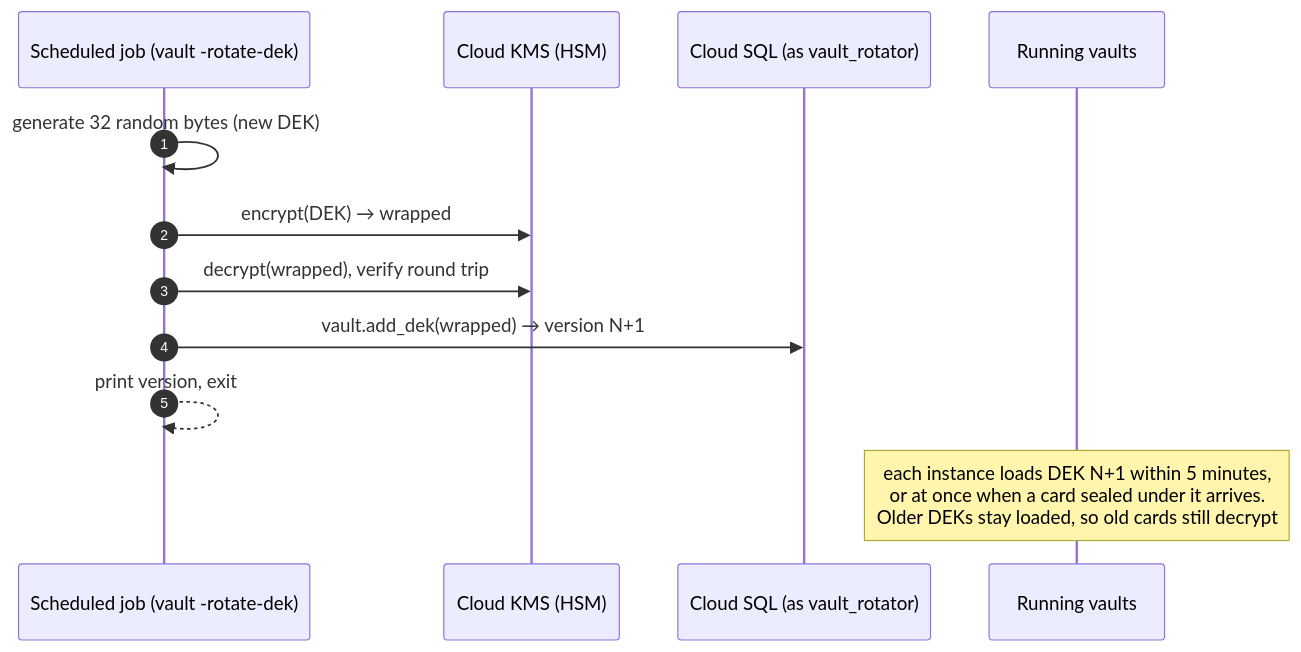
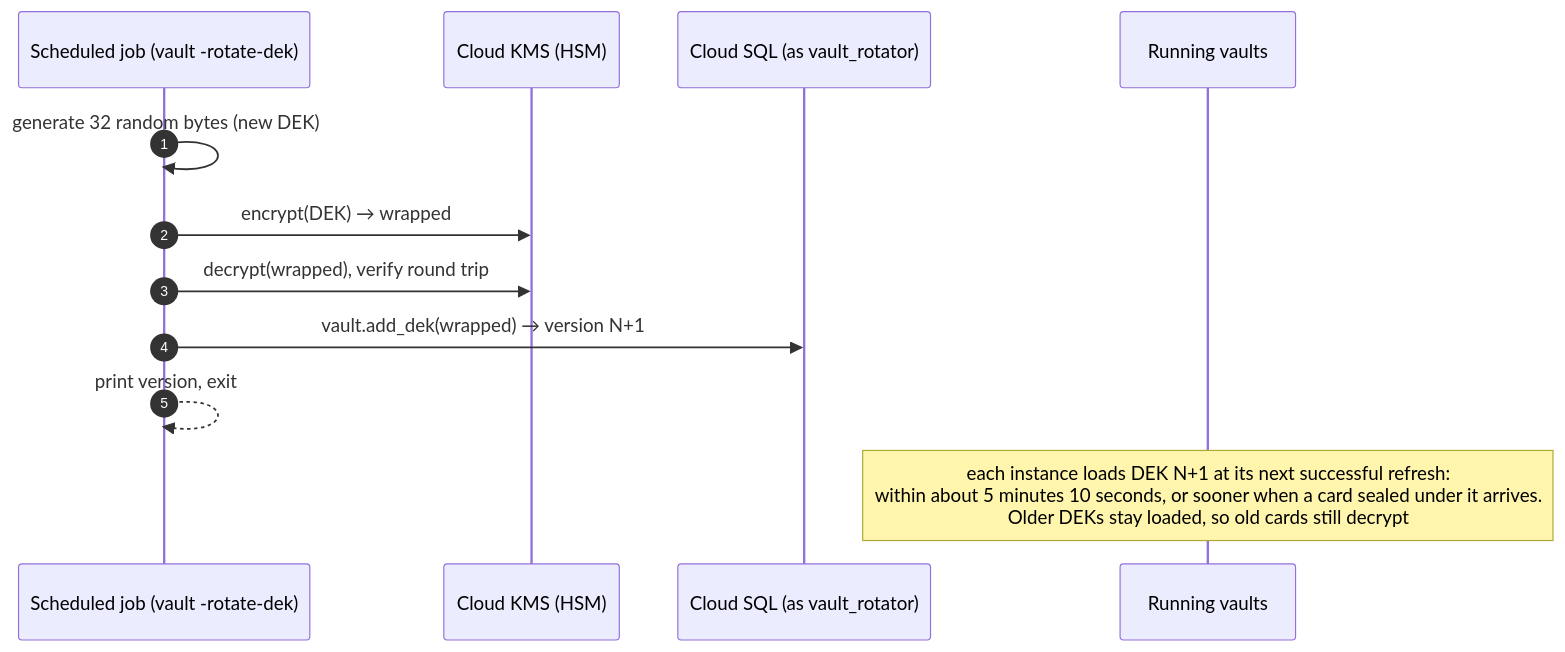
Before and after one commit to camcima/tokenizer: diagram 11 of 11 in README.md, drawn with Mermaid. The commit also changed other lines of this file and 30 other files, not shown here.

````diff
--- a/README.md
+++ b/README.md
@@ -681,15 +683,15 @@
 ```mermaid
 sequenceDiagram
     autonumber
     participant J as Scheduled job (vault -rotate-dek)
     participant KMS as Cloud KMS (HSM)
     participant DB as Cloud SQL (as vault_rotator)
     participant V as Running vaults
 
     J->>J: generate 32 random bytes (new DEK)
     J->>KMS: encrypt(DEK) → wrapped
     J->>KMS: decrypt(wrapped), verify round trip
     J->>DB: vault.add_dek(wrapped) → version N+1
     J-->>J: print version, exit
-    Note over V: each instance loads DEK N+1 within 5 minutes,<br/>or at once when a card sealed under it arrives.<br/>Older DEKs stay loaded, so old cards still decrypt
+    Note over V: each instance loads DEK N+1 at its next successful refresh:<br/>within about 5 minutes 10 seconds, or sooner when a card sealed under it arrives.<br/>Older DEKs stay loaded, so old cards still decrypt
 ```
````
